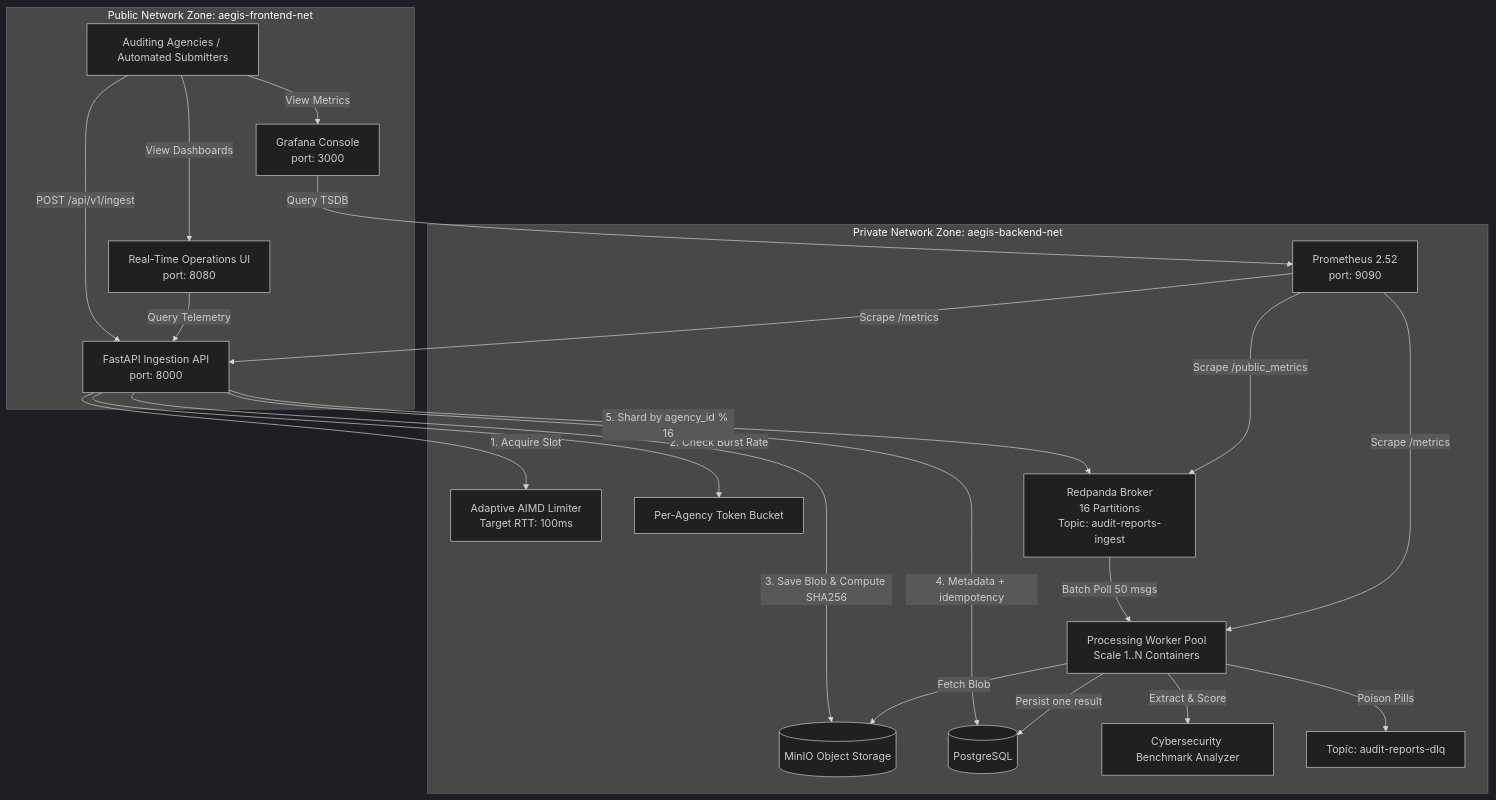
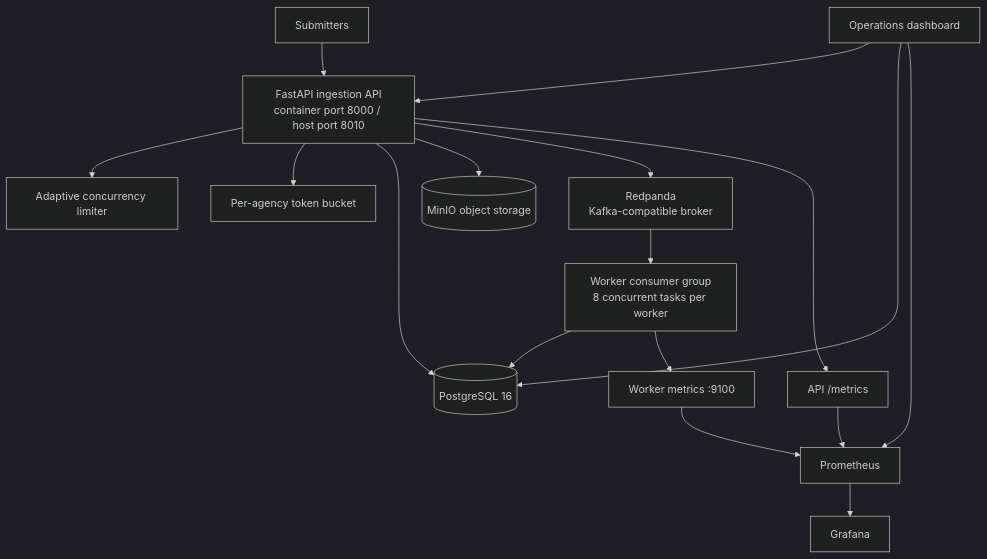
One commit to lokeshnegidtu/highthroughputingestion changed the diagram in docs/DESIGN_DOCUMENT.md. Above: the diagram before and after it, drawn with Mermaid (dark theme). The commit also changed other lines of this file and 1 other file, not shown here.

````diff
--- a/docs/DESIGN_DOCUMENT.md
+++ b/docs/DESIGN_DOCUMENT.md
@@ -82,28 +11,19 @@
 ```mermaid
 graph TD
-    subgraph Public Ingress Zone [Public Network Zone: aegis-frontend-net]
-        Client[Auditing Agencies / Automated Submitters] -->|POST /api/v1/ingest| API[FastAPI Ingestion API<br/>port: 8000]
-        Client -->|View Dashboards| Console[Real-Time Operations UI<br/>port: 8080]
-        Client -->|View Metrics| Grafana[Grafana Console<br/>port: 3000]
-    end
-
-    subgraph Private Backend Zone [Private Network Zone: aegis-backend-net]
-        API -->|1. Acquire Slot| Limiter[Adaptive AIMD Limiter<br/>Target RTT: 100ms]
-        API -->|2. Check Burst Rate| RateLimiter[Per-Agency Token Bucket]
-        API -->|3. Save Blob & Compute SHA256| Storage[(MinIO Object Storage)]
-        API -->|4. Metadata + idempotency| Postgres[(PostgreSQL)]
-        API -->|5. Shard by agency_id % 16| Broker[Redpanda Broker<br/>16 Partitions<br/>Topic: audit-reports-ingest]
-        
-        Broker -->|Batch Poll 50 msgs| Workers[Processing Worker Pool<br/>Scale 1..N Containers]
-        Workers -->|Fetch Blob| Storage
-        Workers -->|Extract & Score| Engine[Cybersecurity Benchmark Analyzer]
-        Workers -->|Persist one result| Postgres
-        Workers -->|Poison Pills| DLQ[Topic: audit-reports-dlq]
-        
-        Prometheus[Prometheus 2.52<br/>port: 9090] -->|Scrape /metrics| API
-        Prometheus -->|Scrape /metrics| Workers
-        Prometheus -->|Scrape /public_metrics| Broker
-        Grafana -->|Query TSDB| Prometheus
-        Console -->|Query Telemetry| API
-    end
+    Client[Submitters] --> API[FastAPI ingestion API\ncontainer port 8000 / host port 8010]
+    API --> Limiter[Adaptive concurrency limiter]
+    API --> AgencyLimit[Per-agency token bucket]
+    API --> DB[(PostgreSQL 16)]
+    API --> Blob[(MinIO object storage)]
+    API --> Broker[Redpanda\nKafka-compatible broker]
+    Broker --> Worker[Worker consumer group\n8 concurrent tasks per worker]
+    Worker --> DB
+    API --> APIMetrics[API /metrics]
+    Worker --> WorkerMetrics[Worker metrics :9100]
+    APIMetrics --> Prometheus[Prometheus]
+    WorkerMetrics --> Prometheus
+    Dashboard[Operations dashboard] --> API
+    Dashboard --> DB
+    Dashboard --> Prometheus
+    Prometheus --> Grafana[Grafana]
 ```
````
